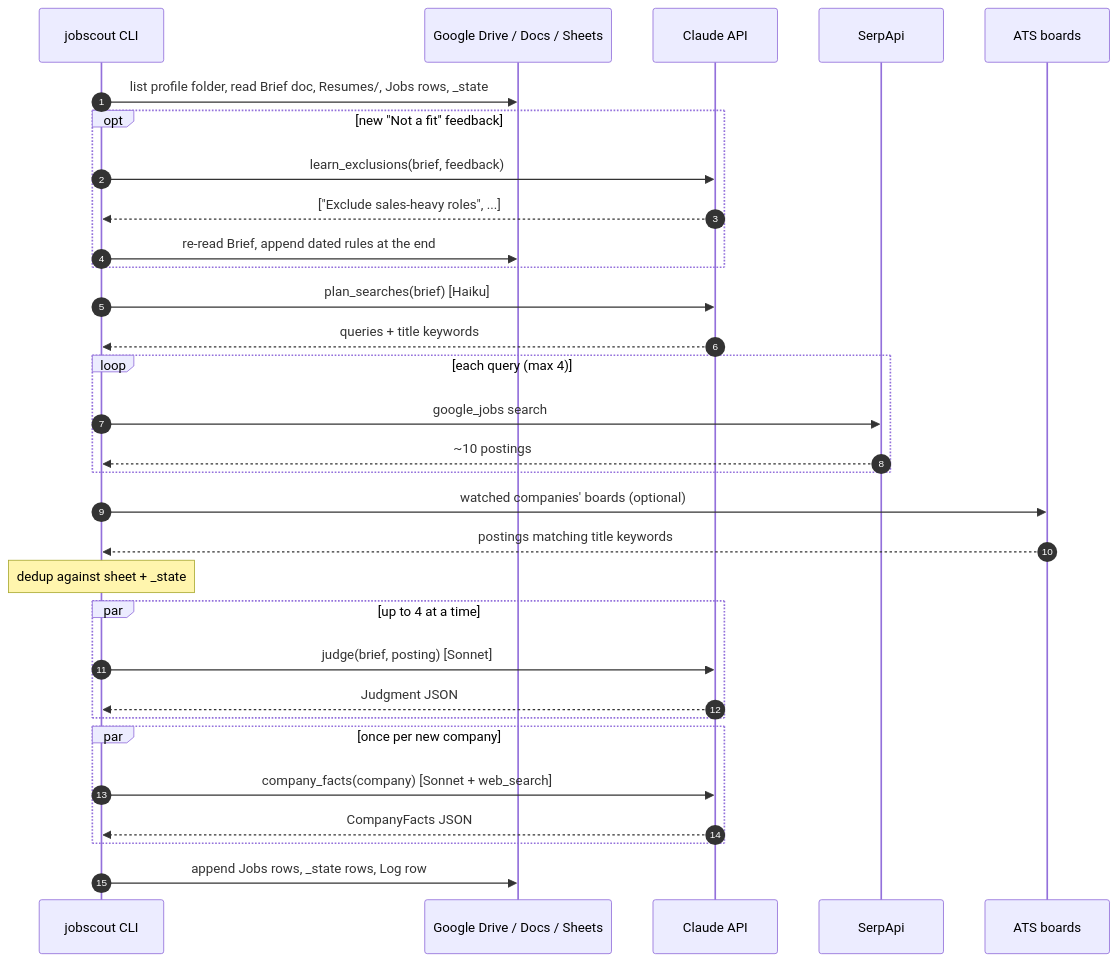
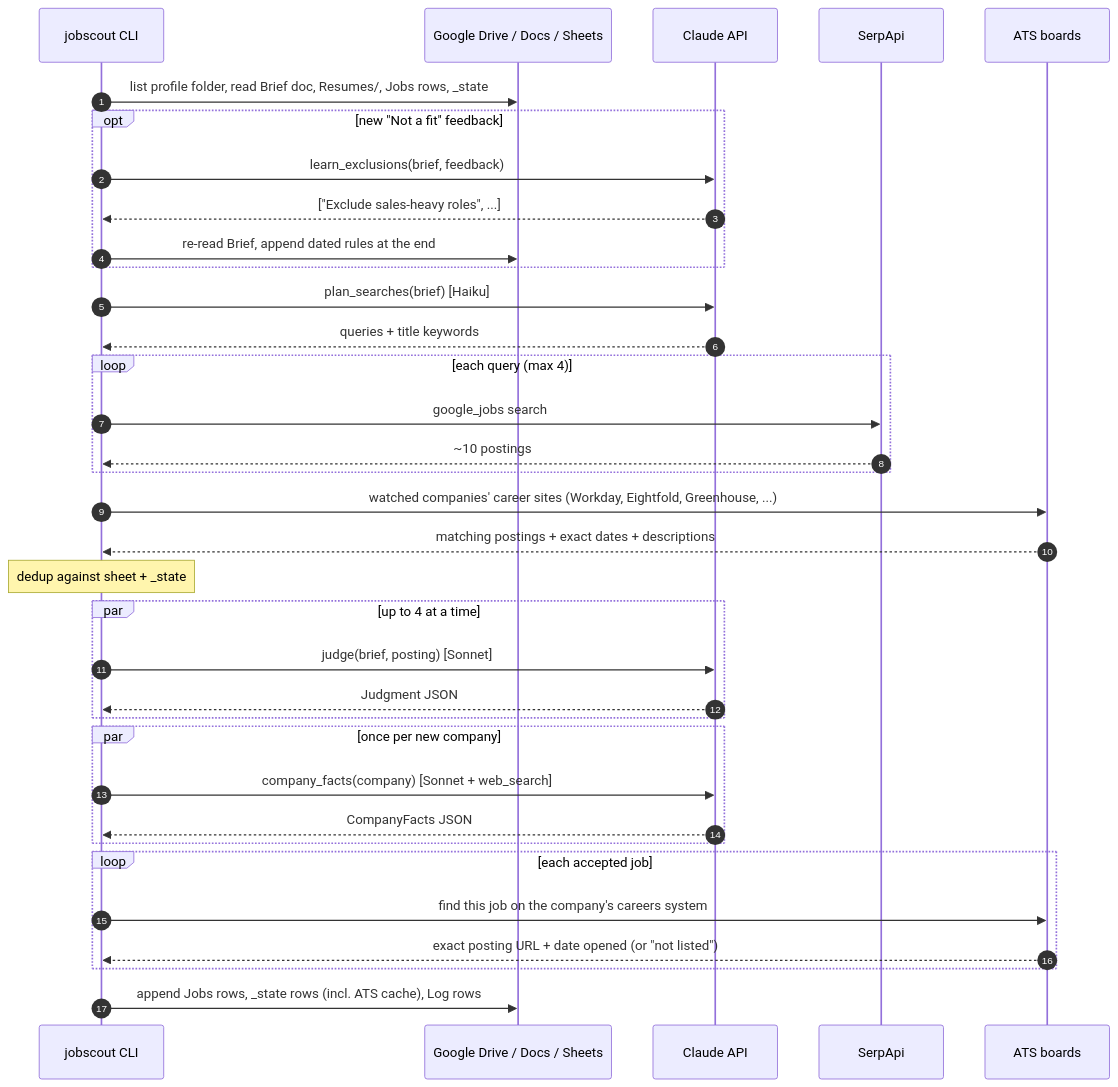
Before and after one commit to juliavasan/job-scout: the third of 5 diagrams in docs/ARCHITECTURE.md, drawn with Mermaid. The commit also changed other lines of this file and 12 other files, not shown here.

First line of the commit message:
Find jobs on companies' own career sites; exact links and opening dates

````diff
--- a/docs/ARCHITECTURE.md
+++ b/docs/ARCHITECTURE.md
@@ -86,34 +87,38 @@
 ```mermaid
 sequenceDiagram
     autonumber
     participant CLI as jobscout CLI
     participant G as Google Drive / Docs / Sheets
     participant C as Claude API
     participant SA as SerpApi
     participant ATS as ATS boards
 
     CLI->>G: list profile folder, read Brief doc, Resumes/, Jobs rows, _state
     opt new "Not a fit" feedback
         CLI->>C: learn_exclusions(brief, feedback)
         C-->>CLI: ["Exclude sales-heavy roles", ...]
         CLI->>G: re-read Brief, append dated rules at the end
     end
     CLI->>C: plan_searches(brief) [Haiku]
     C-->>CLI: queries + title keywords
     loop each query (max 4)
         CLI->>SA: google_jobs search
         SA-->>CLI: ~10 postings
     end
-    CLI->>ATS: watched companies' boards (optional)
-    ATS-->>CLI: postings matching title keywords
+    CLI->>ATS: watched companies' career sites (Workday, Eightfold, Greenhouse, ...)
+    ATS-->>CLI: matching postings + exact dates + descriptions
     Note over CLI: dedup against sheet + _state
     par up to 4 at a time
         CLI->>C: judge(brief, posting) [Sonnet]
         C-->>CLI: Judgment JSON
     end
     par once per new company
         CLI->>C: company_facts(company) [Sonnet + web_search]
         C-->>CLI: CompanyFacts JSON
     end
-    CLI->>G: append Jobs rows, _state rows, Log row
+    loop each accepted job
+        CLI->>ATS: find this job on the company's careers system
+        ATS-->>CLI: exact posting URL + date opened (or "not listed")
+    end
+    CLI->>G: append Jobs rows, _state rows (incl. ATS cache), Log rows
 ```
````
